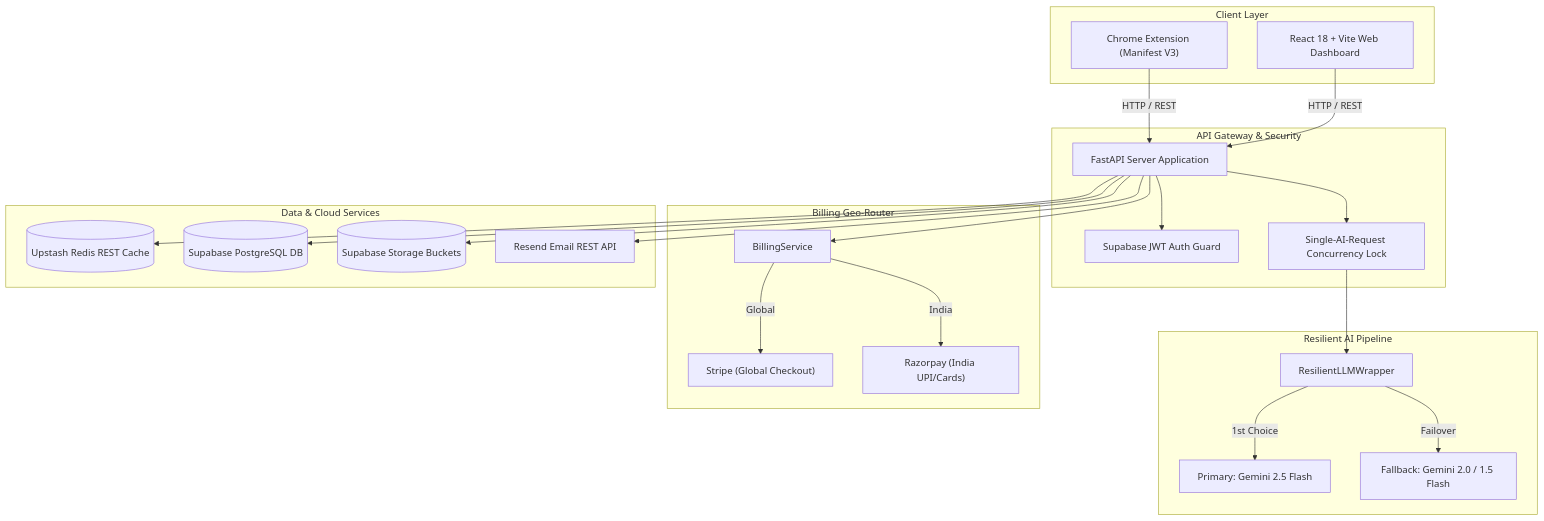
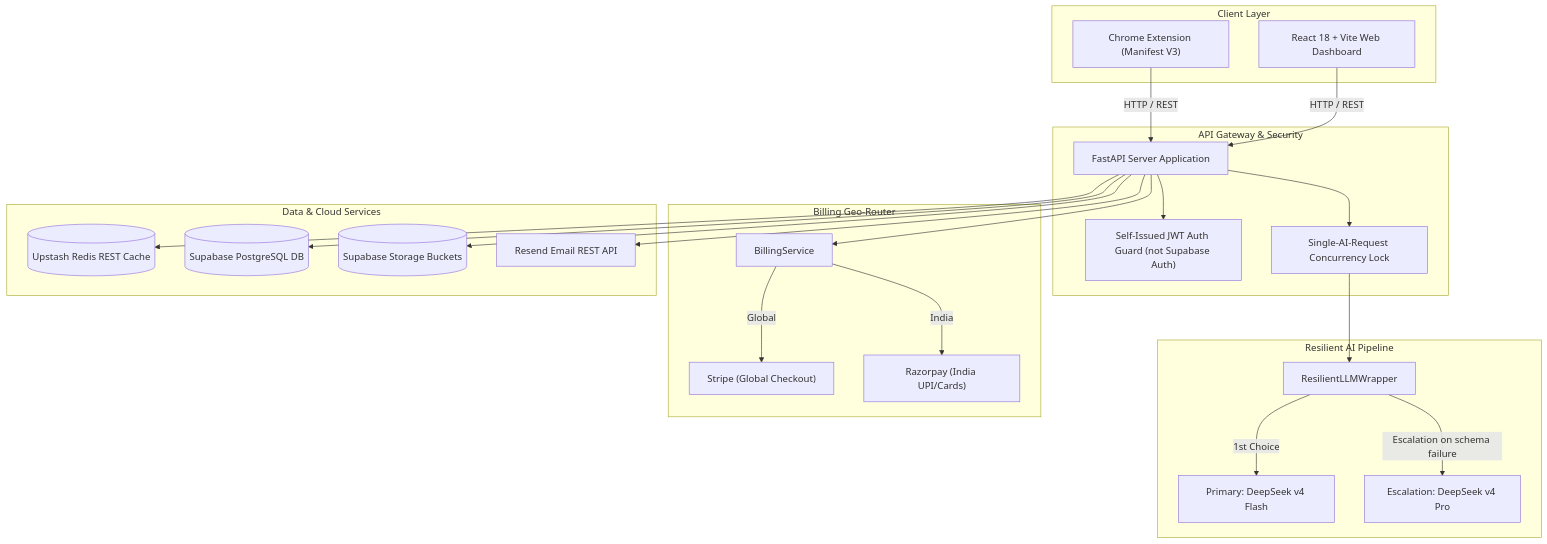
One commit to Narendra-bot07/chrome-extension changed the diagram in README.md. Above: the diagram before and after it, drawn with Mermaid. The commit also changed other lines of this file and 21 other files, not shown here.

````diff
--- a/README.md
+++ b/README.md
@@ -98,47 +98,47 @@
 ```mermaid
 graph TD
     subgraph Client Layer
         CE["Chrome Extension (Manifest V3)"]
         WEB["React 18 + Vite Web Dashboard"]
     end
 
     subgraph API Gateway & Security
         API["FastAPI Server Application"]
-        AUTH["Supabase JWT Auth Guard"]
+        AUTH["Self-Issued JWT Auth Guard (not Supabase Auth)"]
         LOCK["Single-AI-Request Concurrency Lock"]
     end
 
     subgraph Resilient AI Pipeline
         WRAP["ResilientLLMWrapper"]
-        GEMINI_PRIMARY["Primary: Gemini 2.5 Flash"]
-        GEMINI_FALLBACK["Fallback: Gemini 2.0 / 1.5 Flash"]
+        DEEPSEEK_PRIMARY["Primary: DeepSeek v4 Flash"]
+        DEEPSEEK_ESCALATION["Escalation: DeepSeek v4 Pro"]
     end
 
     subgraph Billing Geo-Router
         BILLING["BillingService"]
         STRIPE["Stripe (Global Checkout)"]
         RAZORPAY["Razorpay (India UPI/Cards)"]
     end
 
     subgraph Data & Cloud Services
         REDIS[("Upstash Redis REST Cache")]
         SUPA_DB[("Supabase PostgreSQL DB")]
         SUPA_STORE[("Supabase Storage Buckets")]
         RESEND["Resend Email REST API"]
     end
 
     CE -->|HTTP / REST| API
     WEB -->|HTTP / REST| API
     API --> AUTH
     API --> LOCK
     LOCK --> WRAP
-    WRAP -->|1st Choice| GEMINI_PRIMARY
-    WRAP -->|Failover| GEMINI_FALLBACK
+    WRAP -->|1st Choice| DEEPSEEK_PRIMARY
+    WRAP -->|Escalation on schema failure| DEEPSEEK_ESCALATION
     API --> BILLING
     BILLING -->|Global| STRIPE
     BILLING -->|India| RAZORPAY
     API --> REDIS
     API --> SUPA_DB
     API --> SUPA_STORE
     API --> RESEND
 ```
````
